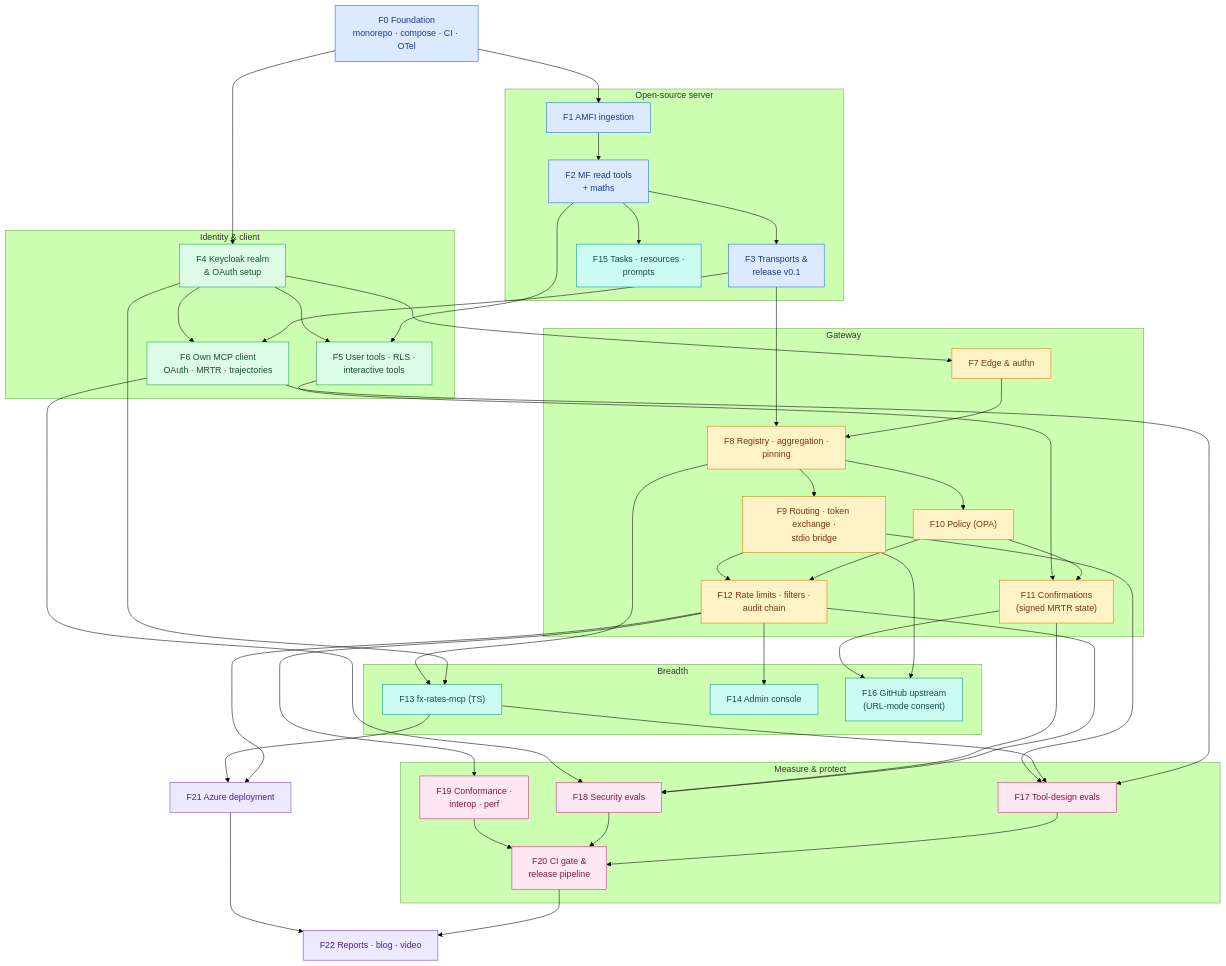
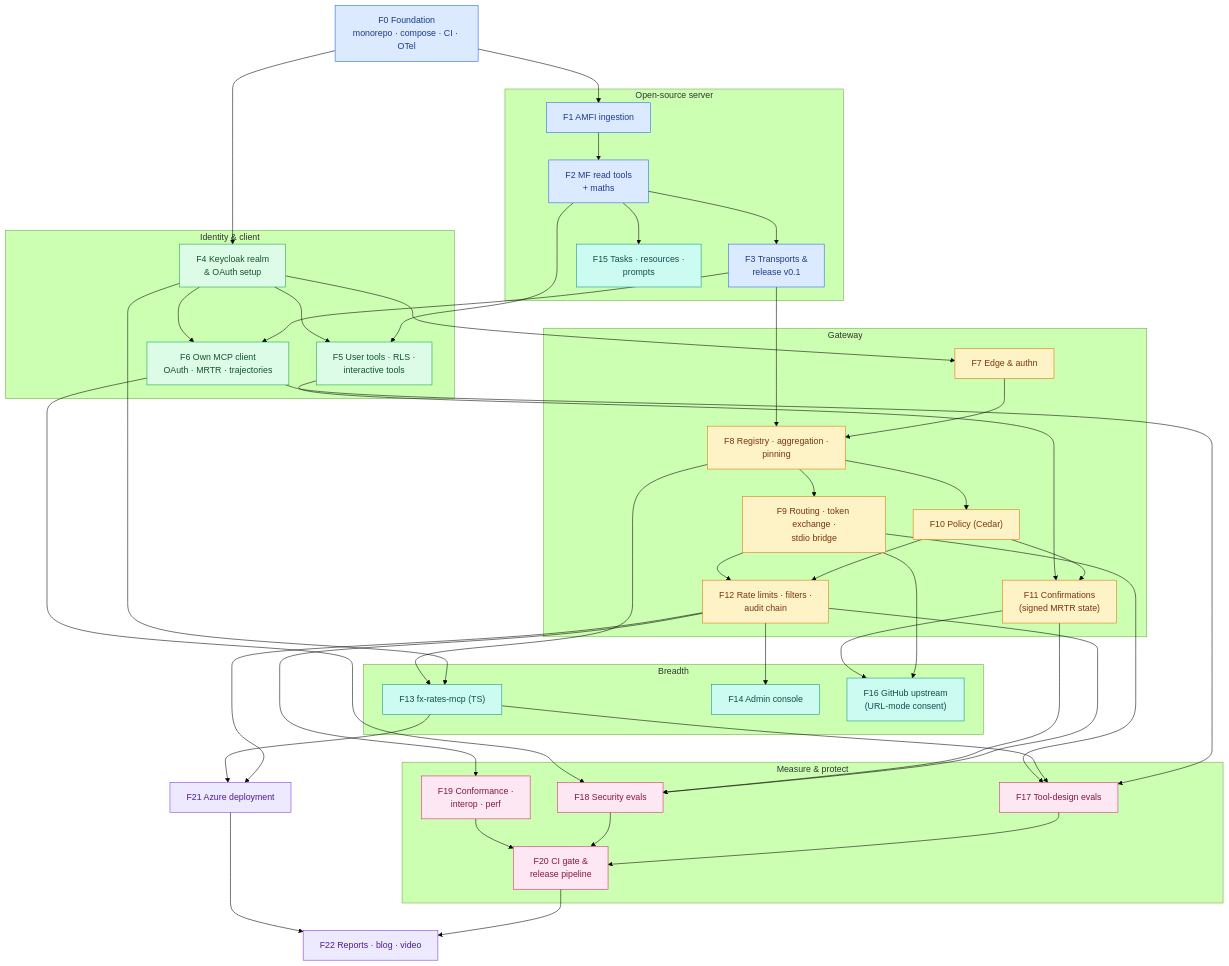
One commit to pRiMeXoMeGa/AI-Learning-Projects changed the second of 4 diagrams in projects/02-mcp-hub/docs/09-build-plan/README.md. Above: the diagram before and after it, drawn with Mermaid (forest theme). The commit also changed other lines of this file and 31 other files, not shown here.

```diff
--- a/projects/02-mcp-hub/docs/09-build-plan/README.md
+++ b/projects/02-mcp-hub/docs/09-build-plan/README.md
@@ -60,7 +60,7 @@
         F7["F7 Edge & authn"]
         F8["F8 Registry · aggregation ·<br/>pinning"]
         F9["F9 Routing · token exchange ·<br/>stdio bridge"]
-        F10["F10 Policy (OPA)"]
+        F10["F10 Policy (Cedar)"]
         F11["F11 Confirmations<br/>(signed MRTR state)"]
         F12["F12 Rate limits · filters ·<br/>audit chain"]
     end
```
